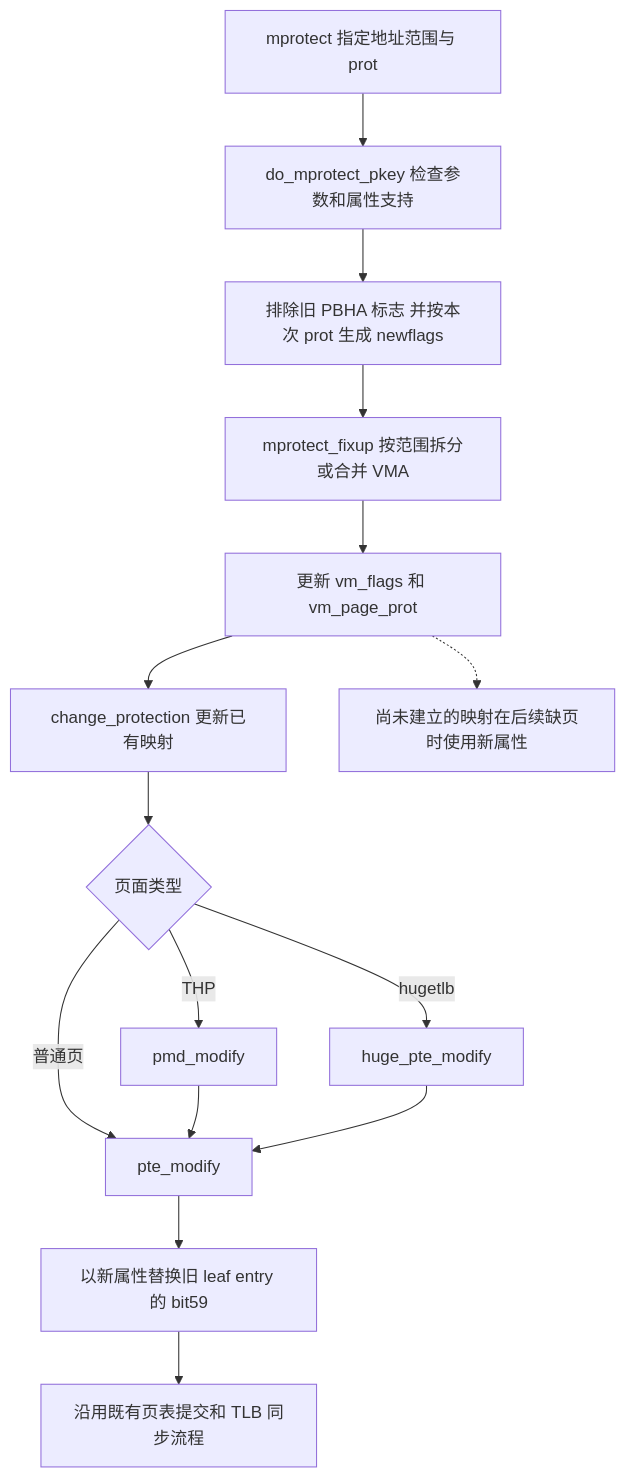
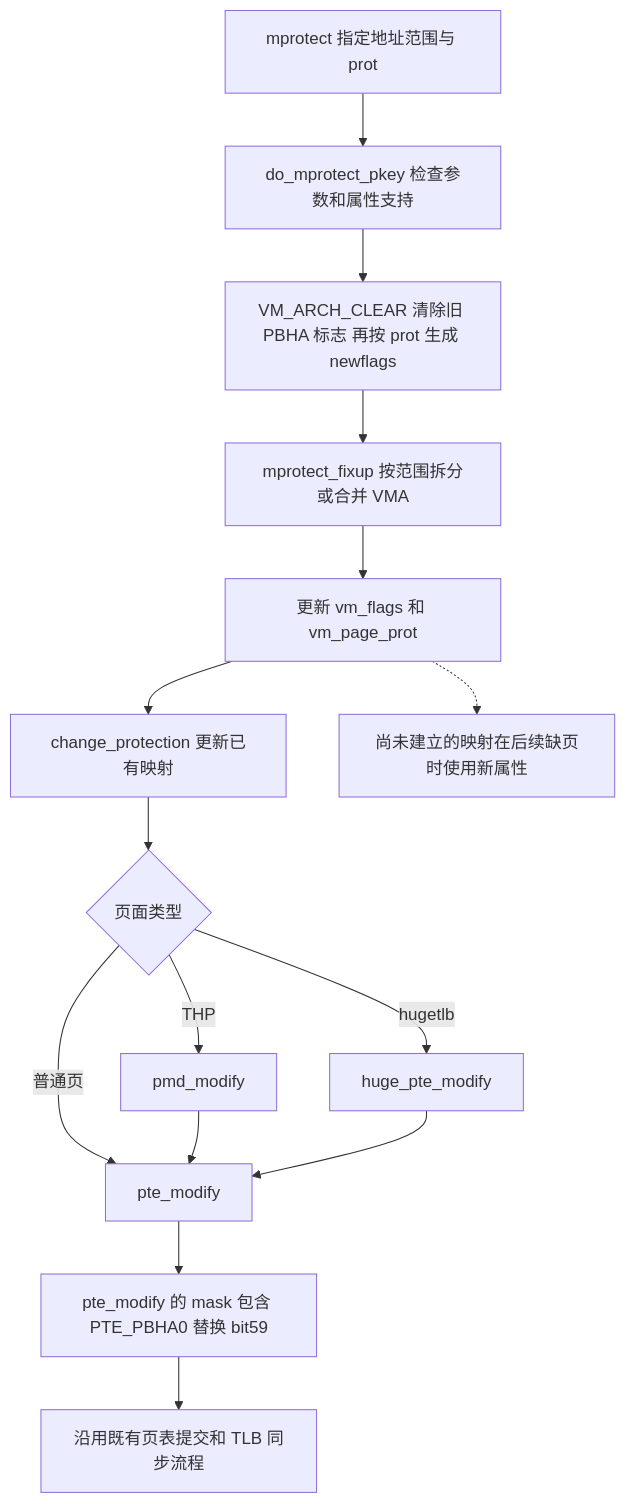
One commit to xpzgg/llm-archive changed diagram 14 of 17 in PBHA特性设计说明书.md. Above: the diagram before and after it, drawn with Mermaid. The commit also changed other lines of this file, not shown here.

Commit message:
docs: 补充 PBHA 继承与映射控制流程图

````diff
--- a/PBHA特性设计说明书.md
+++ b/PBHA特性设计说明书.md
@@ -456,17 +568,17 @@
 ```mermaid
 flowchart TD
     A[mprotect 指定地址范围与 prot] --> B[do_mprotect_pkey 检查参数和属性支持]
-    B --> C[排除旧 PBHA 标志 并按本次 prot 生成 newflags]
+    B --> C[VM_ARCH_CLEAR 清除旧 PBHA 标志 再按 prot 生成 newflags]
     C --> D[mprotect_fixup 按范围拆分或合并 VMA]
     D --> E[更新 vm_flags 和 vm_page_prot]
     E --> F[change_protection 更新已有映射]
     F --> G{页面类型}
     G -->|普通页| H[pte_modify]
     G -->|THP| I[pmd_modify]
     G -->|hugetlb| J[huge_pte_modify]
     I --> H
     J --> H
-    H --> K[以新属性替换旧 leaf entry 的 bit59]
+    H --> K[pte_modify 的 mask 包含 PTE_PBHA0 替换 bit59]
     K --> L[沿用既有页表提交和 TLB 同步流程]
     E -.-> M[尚未建立的映射在后续缺页时使用新属性]
 ```
````
